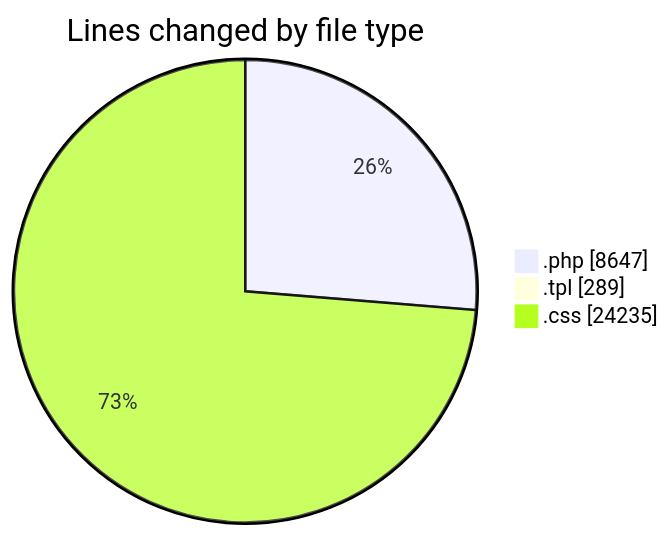
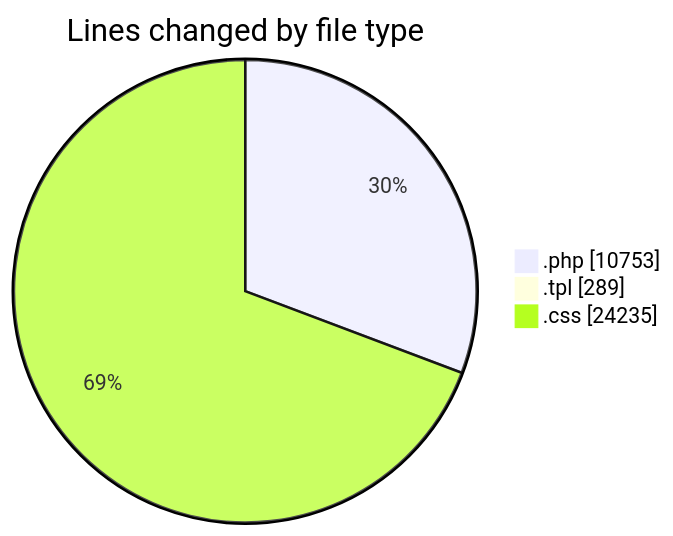
One commit to vahidmafi/code-tracking changed the first of 2 diagrams in 2025-04-18/zeytoon/README.md. Above: the diagram before and after it, drawn with Mermaid. The commit also changed other lines of this file and 1 other file, not shown here.

````diff
--- a/2025-04-18/zeytoon/README.md
+++ b/2025-04-18/zeytoon/README.md
@@ -32,7 +33,7 @@
 ```mermaid
 pie showData
 title Lines changed by file type
-".php" : 8647
+".php" : 10753
 ".tpl" : 289
 ".css" : 24235
 ```
````
